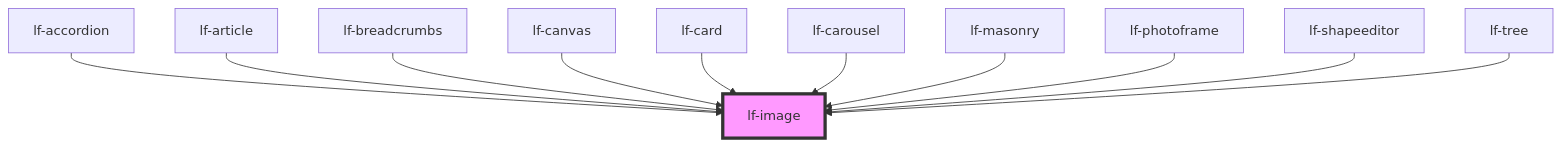
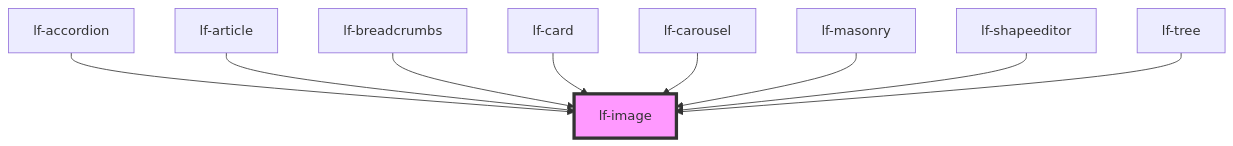
One commit to lucafoscili/lf-widgets changed the diagram in packages/core/src/components/lf-image/readme.md. Above: the diagram before and after it, drawn with Mermaid. The commit also changed other lines of this file and 96 other files, not shown here.

````diff
--- a/packages/core/src/components/lf-image/readme.md
+++ b/packages/core/src/components/lf-image/readme.md
@@ -125,14 +123,12 @@
 ```mermaid
 graph TD;
   lf-accordion --> lf-image
   lf-article --> lf-image
   lf-breadcrumbs --> lf-image
-  lf-canvas --> lf-image
   lf-card --> lf-image
   lf-carousel --> lf-image
   lf-masonry --> lf-image
-  lf-photoframe --> lf-image
   lf-shapeeditor --> lf-image
   lf-tree --> lf-image
   style lf-image fill:#f9f,stroke:#333,stroke-width:4px
 ```
````
